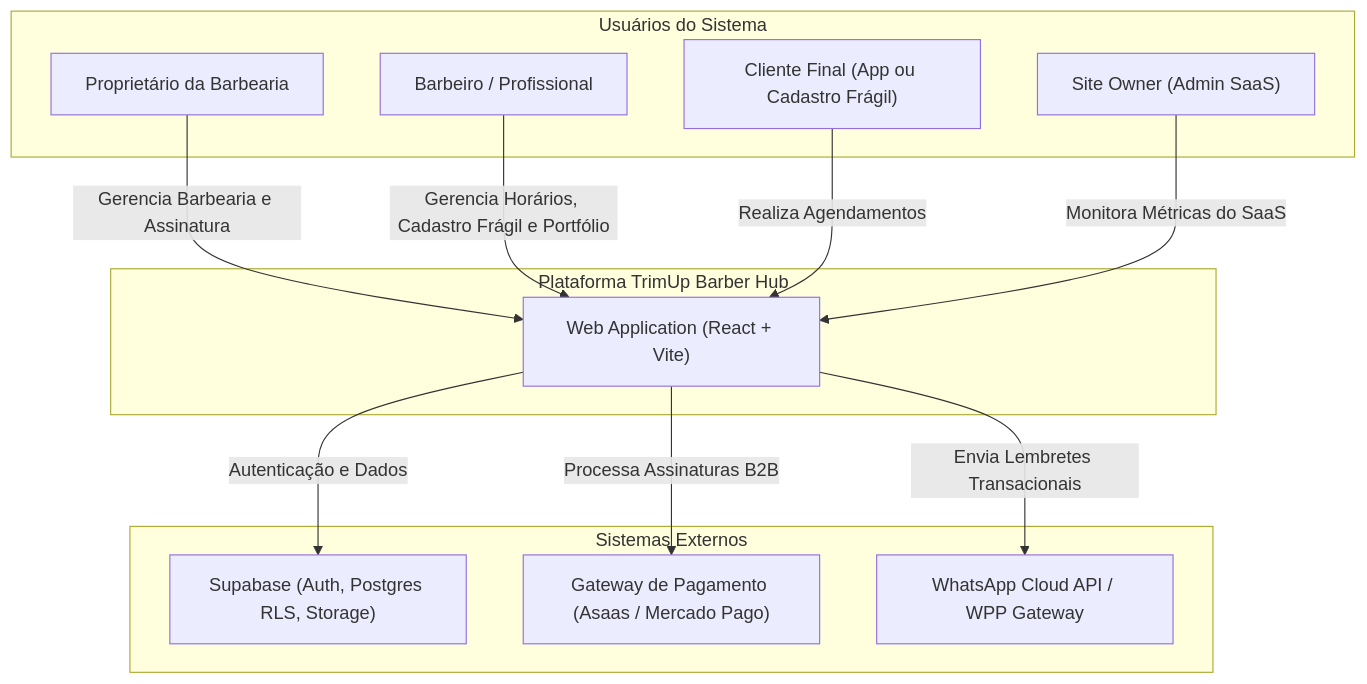
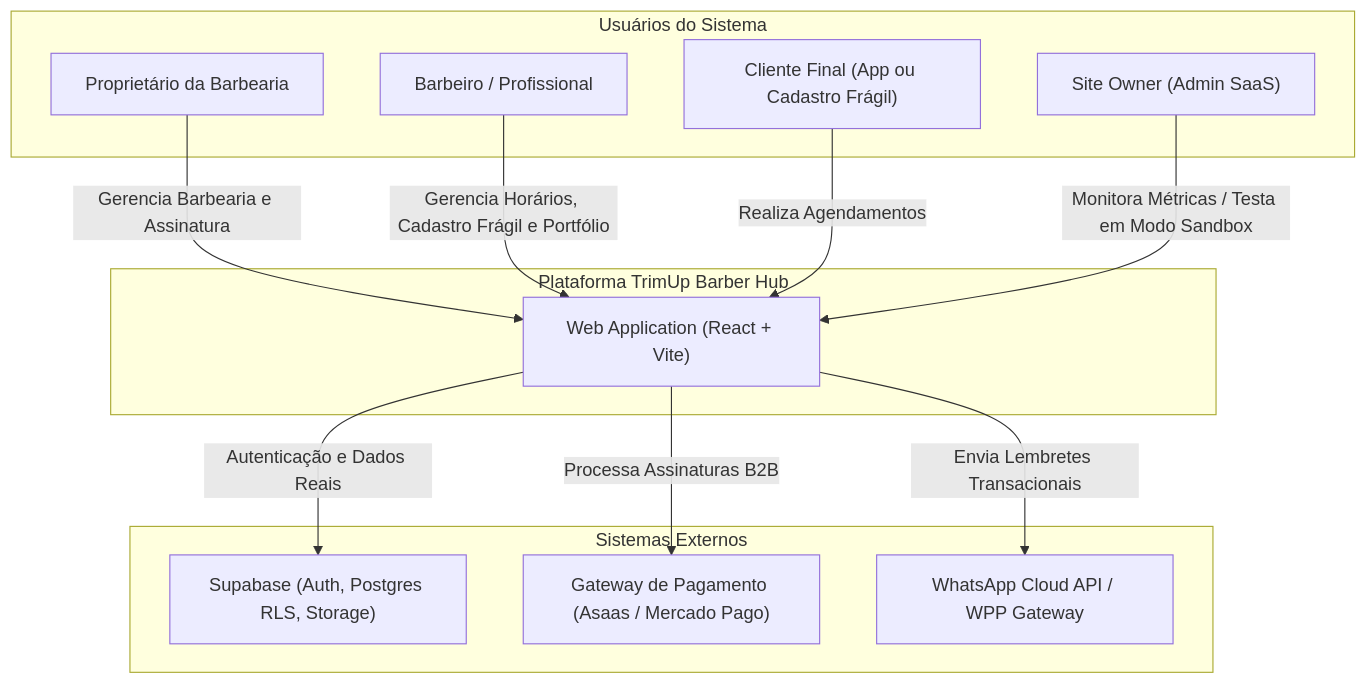
Before and after one commit to YANLUCCA0205/TrimUpBarberHub: the fifth of 8 diagrams in DOCUMENTO_VISAO_ESCOPO_E_ARQUITETURA_TRIMUP.md, drawn with Mermaid. The commit also changed other lines of this file, not shown here.

First line of the commit message:
docs: update architecture and vision specs for shadow profiles and sandbox mode

````diff
--- a/DOCUMENTO_VISAO_ESCOPO_E_ARQUITETURA_TRIMUP.md
+++ b/DOCUMENTO_VISAO_ESCOPO_E_ARQUITETURA_TRIMUP.md
@@ -254,28 +295,28 @@
 ```mermaid
 flowchart TD
     subgraph Atores["Usuários do Sistema"]
         OWNER["Proprietário da Barbearia"]
         BARBER["Barbeiro / Profissional"]
         CLIENT["Cliente Final (App ou Cadastro Frágil)"]
         SITE_OWNER["Site Owner (Admin SaaS)"]
     end
 
     subgraph TrimUpSystem["Plataforma TrimUp Barber Hub"]
         WEB_APP["Web Application (React + Vite)"]
     end
 
     subgraph ExternalServices["Sistemas Externos"]
         SUPABASE["Supabase (Auth, Postgres RLS, Storage)"]
         GATEWAY_PAG["Gateway de Pagamento (Asaas / Mercado Pago)"]
         WHATSAPP_API["WhatsApp Cloud API / WPP Gateway"]
     end
 
     OWNER -->|Gerencia Barbearia e Assinatura| WEB_APP
     BARBER -->|Gerencia Horários, Cadastro Frágil e Portfólio| WEB_APP
     CLIENT -->|Realiza Agendamentos| WEB_APP
-    SITE_OWNER -->|Monitora Métricas do SaaS| WEB_APP
+    SITE_OWNER -->|Monitora Métricas / Testa em Modo Sandbox| WEB_APP
 
-    WEB_APP -->|Autenticação e Dados| SUPABASE
+    WEB_APP -->|Autenticação e Dados Reais| SUPABASE
     WEB_APP -->|Processa Assinaturas B2B| GATEWAY_PAG
     WEB_APP -->|Envia Lembretes Transacionais| WHATSAPP_API
 ```
````
